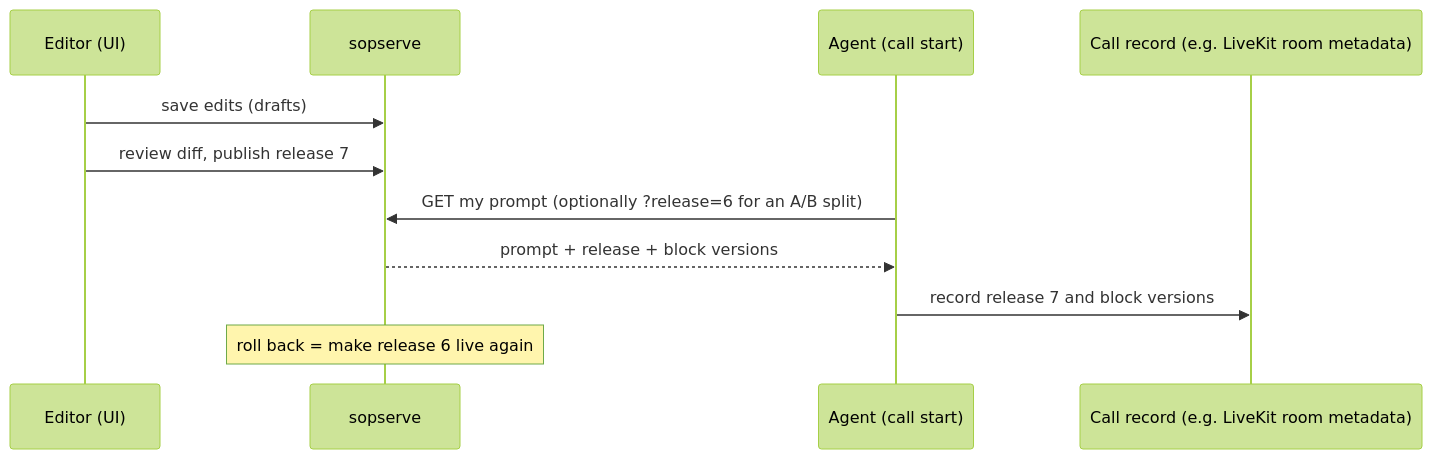
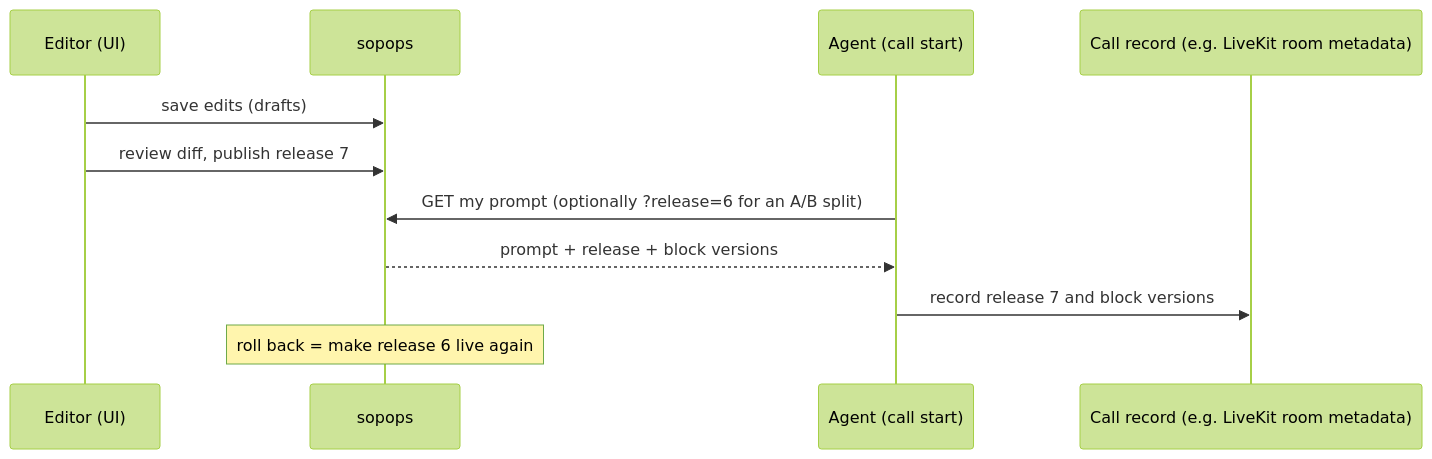
The sixth of 7 diagrams in README.md (sopops-dev/whatsop), drawn with Mermaid (forest theme) before and after one commit. The commit also changed other lines of this file, not shown here.

Commit message:
README: sopserve is now sopops, and QA moves into it

````diff
--- a/README.md
+++ b/README.md
@@ -225,13 +224,13 @@
 ```mermaid
 sequenceDiagram
   participant Ed as Editor (UI)
-  participant S as sopserve
+  participant S as sopops
   participant A as Agent (call start)
   participant R as Call record (e.g. LiveKit room metadata)
   Ed->>S: save edits (drafts)
   Ed->>S: review diff, publish release 7
   A->>S: GET my prompt (optionally ?release=6 for an A/B split)
   S-->>A: prompt + release + block versions
   A->>R: record release 7 and block versions
   Note over S: roll back = make release 6 live again
 ```
````
